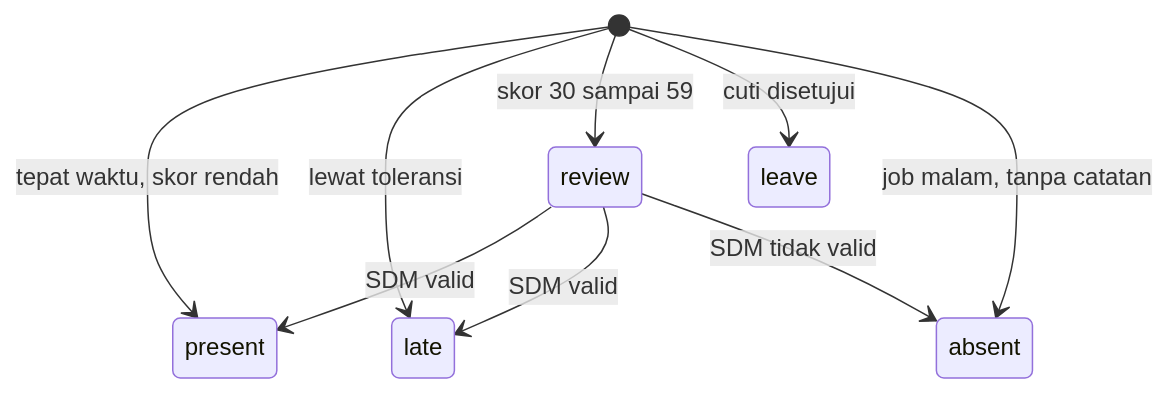
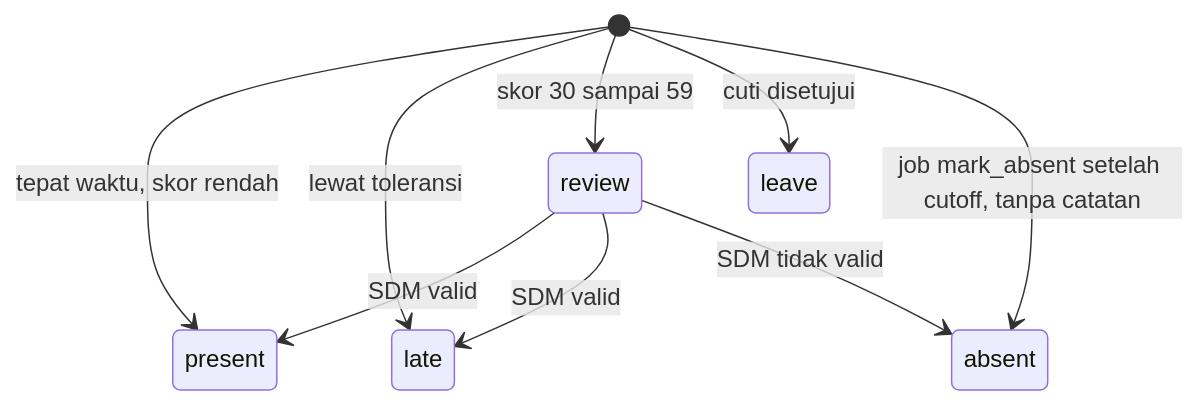
One commit to rzarxx/HRIS changed diagram 27 of 29 in MASTER.md. Above: the diagram before and after it, drawn with Mermaid. The commit also changed other lines of this file and 20 other files, not shown here.

First line of the commit message:
feat: job mark_absent dan rekap presensi rinci

````diff
--- a/MASTER.md
+++ b/MASTER.md
@@ -1290,11 +1290,11 @@
 ```mermaid
 stateDiagram-v2
     [*] --> present: tepat waktu, skor rendah
     [*] --> late: lewat toleransi
     [*] --> review: skor 30 sampai 59
     [*] --> leave: cuti disetujui
-    [*] --> absent: job malam, tanpa catatan
+    [*] --> absent: job mark_absent setelah cutoff, tanpa catatan
     review --> present: SDM valid
     review --> late: SDM valid
     review --> absent: SDM tidak valid
 ```
````
